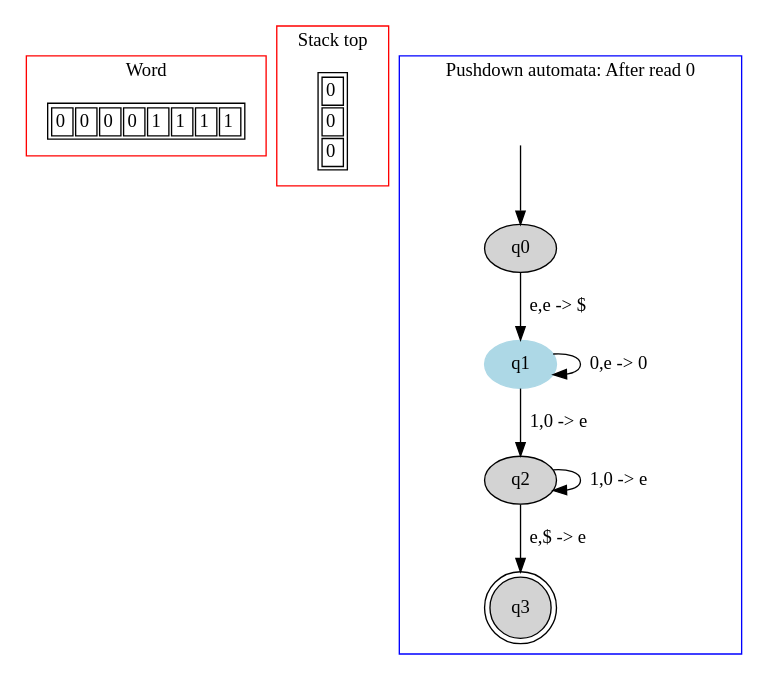
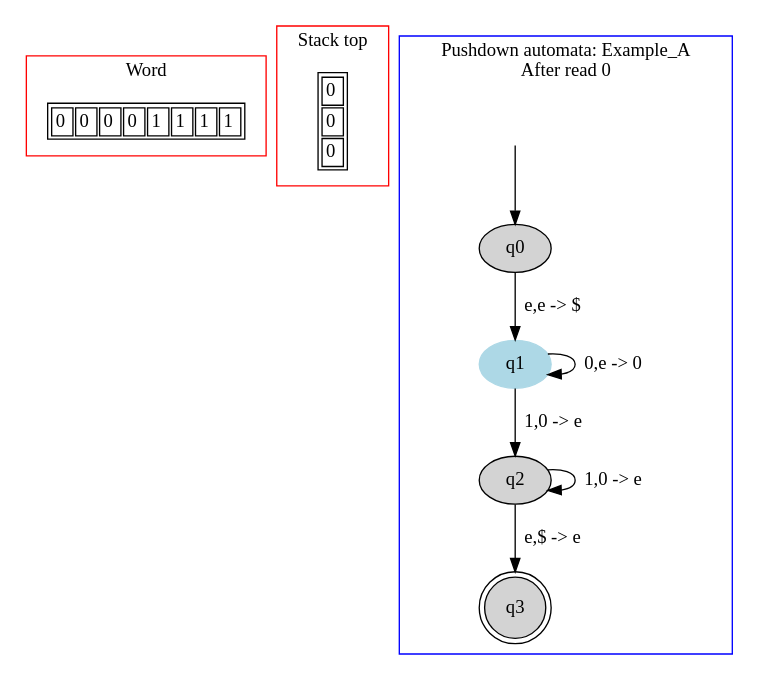
The diagram in PA/images/file0.dot (danielScLima/pushdown_automata), drawn with Graphviz before and after one commit. The commit also changed 4 other files, not shown here.

```diff
--- a/PA/images/file0.dot
+++ b/PA/images/file0.dot
@@ -1,56 +1,57 @@
 digraph G {
 	subgraph cluster_0 {
 		node [shape=plaintext];
 
 struct1 [label=<<TABLE>
 <TR>
 <TD><FONT>0</FONT></TD>
 <TD><FONT>0</FONT></TD>
 <TD><FONT>0</FONT></TD>
 <TD><FONT>0</FONT></TD>
 <TD><FONT>1</FONT></TD>
 <TD><FONT>1</FONT></TD>
 <TD><FONT>1</FONT></TD>
 <TD><FONT>1</FONT></TD>
 </TR>
 </TABLE>>];
 label = "Word";
 color=red;
 }
 	subgraph cluster_2 {
 		node [shape=plaintext];
 
 struct2 [label=<<TABLE>
 <TR>
 <TD>
 0</TD>
 </TR>
 <TR>
 <TD>
 0</TD>
 </TR>
 <TR>
 <TD>
 0</TD>
 </TR>
 </TABLE>>];
 label = "Stack top";
 color=red;
 }
 	subgraph cluster_1 {
 		node [style=filled];
-		label = "Pushdown automata: After read 0"
+		label = "Pushdown automata: Example_A
+After read 0"
 		color=blue;
 
 		q0;
 		q1 [color="lightblue"];
 		q2;
 		q3 [shape="doublecircle"];
 		q0->q1[label="e,e -> $"];
 		q1->q1[label="0,e -> 0"];
 		q1->q2[label="1,0 -> e"];
 		q2->q2[label="1,0 -> e"];
 		q2->q3[label="e,$ -> e"];
 x [color=white, label=""];		x->q0	}
 
 }
```
